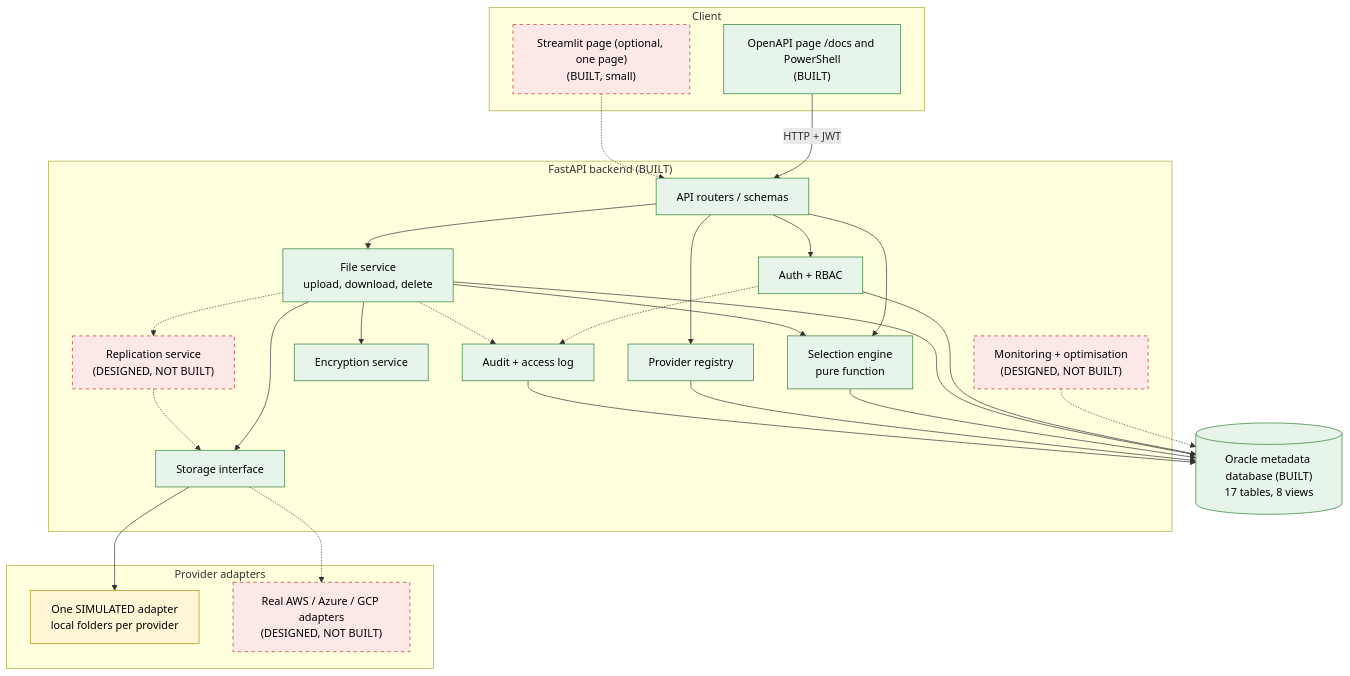
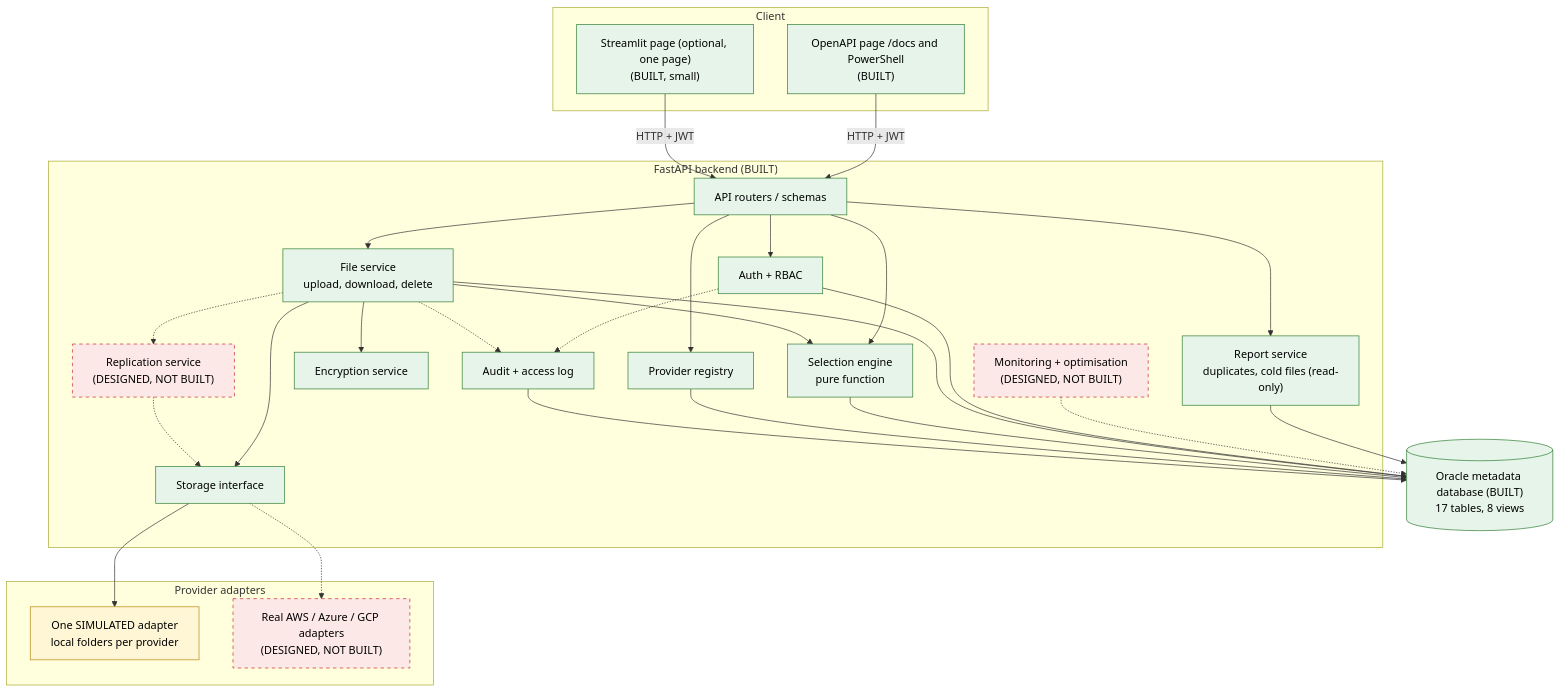
The first of 2 diagrams in docs/00-design.md (ChandhreshAKA/cloud-metadata-management), drawn with Mermaid before and after one commit. The commit also changed other lines of this file and 13 other files, not shown here.

````diff
--- a/docs/00-design.md
+++ b/docs/00-design.md
@@ -75,53 +76,56 @@
 ```mermaid
 flowchart TB
     subgraph Client
         UI["Streamlit page (optional, one page)<br/>(BUILT, small)"]
         DOCS["OpenAPI page /docs and PowerShell<br/>(BUILT)"]
     end
     subgraph Backend["FastAPI backend (BUILT)"]
         API[API routers / schemas]
         AUTH[Auth + RBAC]
         FS[File service<br/>upload, download, delete]
         SEL[Selection engine<br/>pure function]
         REG[Provider registry]
         STG[Storage interface]
         ENC[Encryption service]
         AUD[Audit + access log]
+        RPT["Report service<br/>duplicates, cold files (read-only)"]
         REP["Replication service<br/>(DESIGNED, NOT BUILT)"]
         MON["Monitoring + optimisation<br/>(DESIGNED, NOT BUILT)"]
     end
     subgraph Providers["Provider adapters"]
         SIMA["One SIMULATED adapter<br/>local folders per provider"]
         REAL["Real AWS / Azure / GCP adapters<br/>(DESIGNED, NOT BUILT)"]
     end
     DB[("Oracle metadata database (BUILT)<br/>17 tables, 8 views")]
 
     DOCS -->|HTTP + JWT| API
-    UI -.-> API
+    UI -->|HTTP + JWT| API
     API --> AUTH
     API --> FS
     API --> REG
     API --> SEL
+    API --> RPT
+    RPT --> DB
     FS --> SEL
     FS --> ENC
     FS --> STG
     STG --> SIMA
     STG -.-> REAL
     FS -.-> REP
     REP -.-> STG
     MON -.-> DB
     AUTH --> DB
     FS --> DB
     SEL --> DB
     REG --> DB
     AUTH -.-> AUD
     FS -.-> AUD
     AUD --> DB
 
     classDef notbuilt fill:#fde8e8,stroke:#c62828,stroke-dasharray:5 5,color:#000
     classDef simulated fill:#fff6d6,stroke:#b8860b,color:#000
     classDef built fill:#e6f4ea,stroke:#2e7d32,color:#000
-    class UI,REP,MON,REAL notbuilt
+    class REP,MON,REAL notbuilt
     class SIMA simulated
-    class DOCS,API,AUTH,FS,SEL,REG,STG,ENC,AUD,DB built
+    class UI,DOCS,API,AUTH,FS,SEL,REG,STG,ENC,AUD,RPT,DB built
 ```
````
